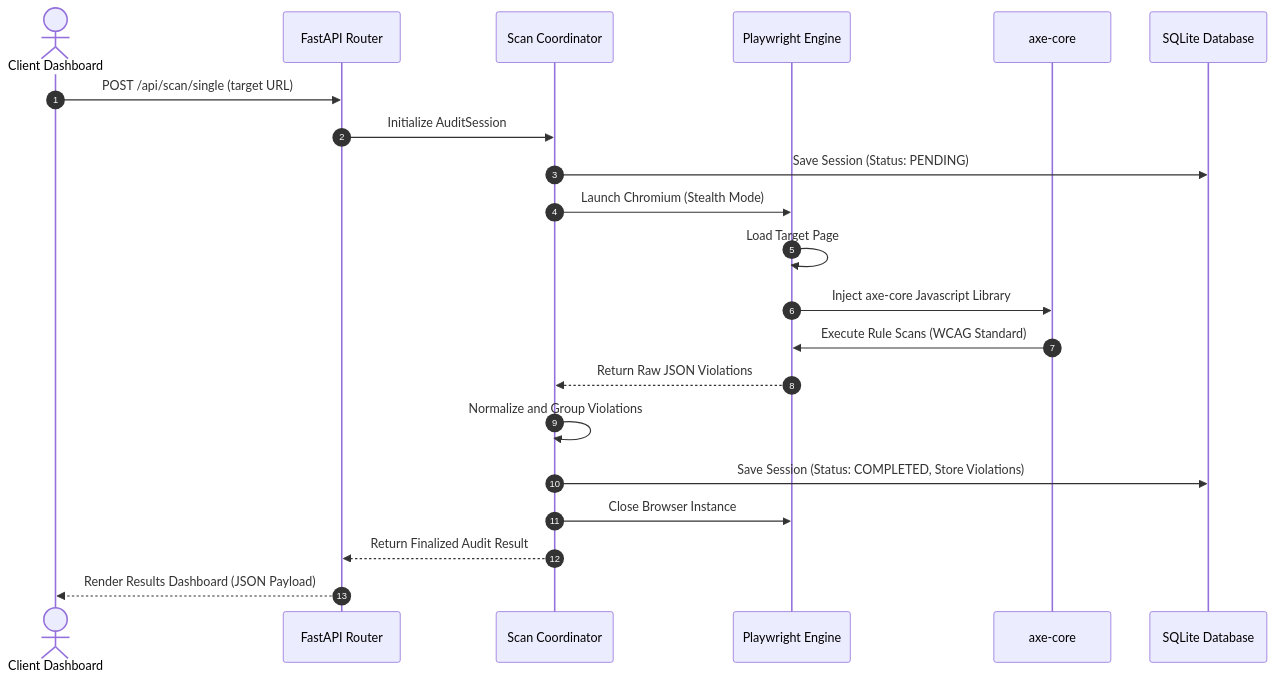
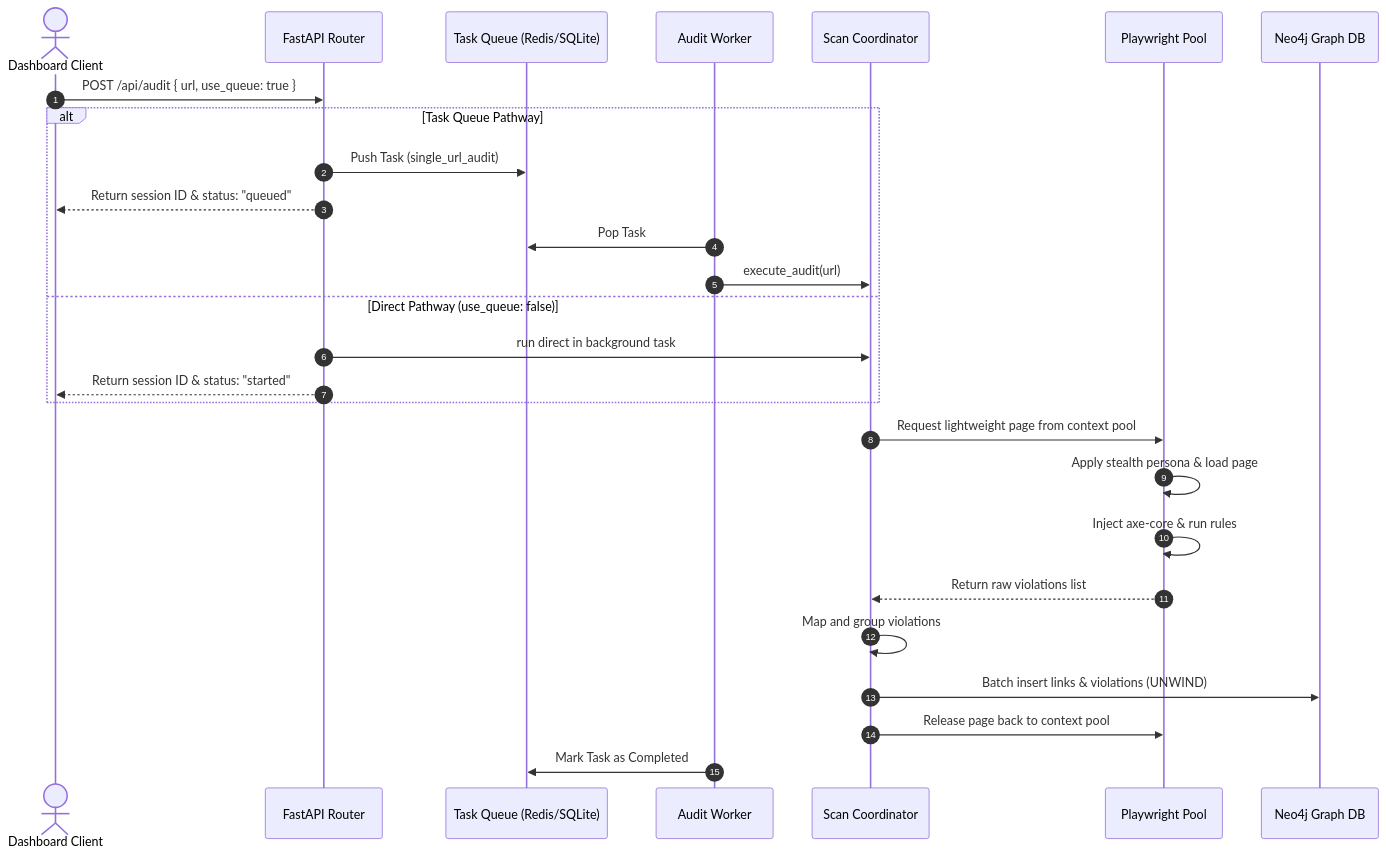
Before and after one commit to Srijato-05/Web_Accessibility_Auditor: the second of 2 diagrams in README.md, drawn with Mermaid. The commit also changed other lines of this file and 68 other files, not shown here.

````diff
--- a/README.md
+++ b/README.md
@@ -73,24 +68,31 @@
 ```mermaid
 sequenceDiagram
     autonumber
-    actor User as Client Dashboard
+    actor Client as Dashboard Client
     participant API as FastAPI Router
+    participant Queue as Task Queue (Redis/SQLite)
+    participant Worker as Audit Worker
     participant Coordinator as Scan Coordinator
-    participant Browser as Playwright Engine
-    participant Axe as axe-core
-    participant DB as SQLite Database
+    participant Browser as Playwright Pool
+    participant Neo4j as Neo4j Graph DB
     
-    User->>API: POST /api/scan/single (target URL)
-    API->>Coordinator: Initialize AuditSession
-    Coordinator->>DB: Save Session (Status: PENDING)
-    Coordinator->>Browser: Launch Chromium (Stealth Mode)
-    Browser->>Browser: Load Target Page
-    Browser->>Axe: Inject axe-core Javascript Library
-    Axe->>Browser: Execute Rule Scans (WCAG Standard)
-    Browser-->>Coordinator: Return Raw JSON Violations
-    Coordinator->>Coordinator: Normalize and Group Violations
-    Coordinator->>DB: Save Session (Status: COMPLETED, Store Violations)
-    Coordinator->>Browser: Close Browser Instance
-    Coordinator-->>API: Return Finalized Audit Result
-    API-->>User: Render Results Dashboard (JSON Payload)
+    Client->>API: POST /api/audit { url, use_queue: true }
+    alt Task Queue Pathway
+        API->>Queue: Push Task (single_url_audit)
+        API-->>Client: Return session ID & status: "queued"
+        Worker->>Queue: Pop Task
+        Worker->>Coordinator: execute_audit(url)
+    else Direct Pathway (use_queue: false)
+        API->>Coordinator: run direct in background task
+        API-->>Client: Return session ID & status: "started"
+    end
+    
+    Coordinator->>Browser: Request lightweight page from context pool
+    Browser->>Browser: Apply stealth persona & load page
+    Browser->>Browser: Inject axe-core & run rules
+    Browser-->>Coordinator: Return raw violations list
+    Coordinator->>Coordinator: Map and group violations
+    Coordinator->>Neo4j: Batch insert links & violations (UNWIND)
+    Coordinator->>Browser: Release page back to context pool
+    Worker->>Queue: Mark Task as Completed
 ```
````
